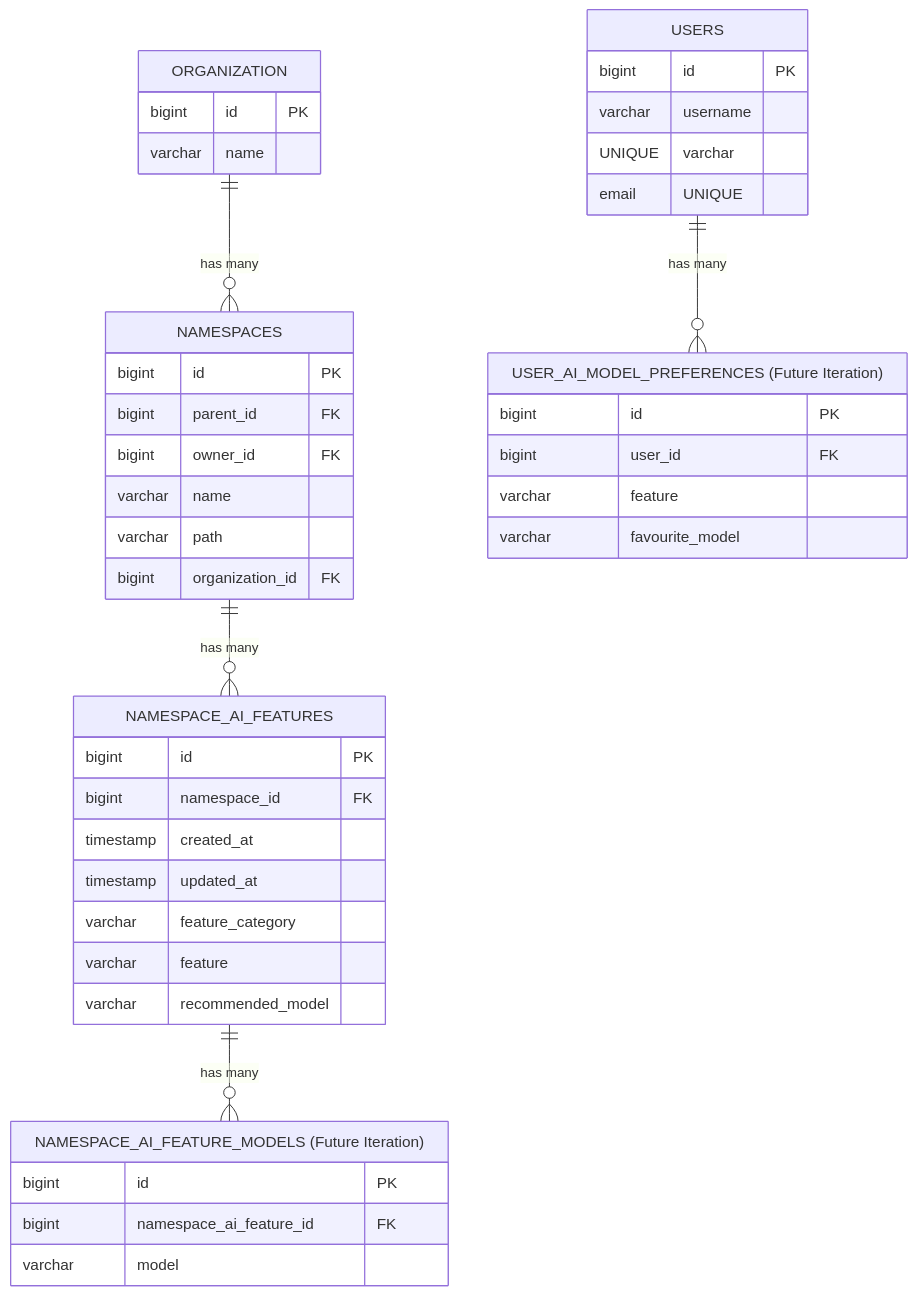
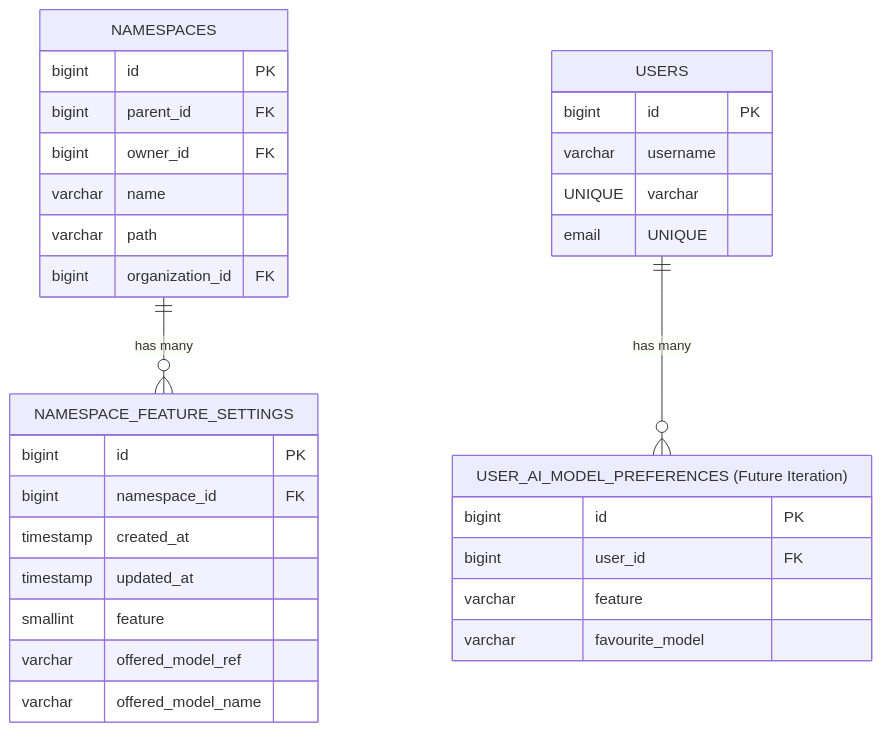
Before and after one commit to zalyoung/gitlab-handbook: the first of 3 diagrams in content/handbook/engineering/architecture/design-documents/ai_model_selection/_index.md, drawn with Mermaid. The commit also changed other lines of this file, not shown here.

Commit message:
Update model switching blueprint with latest decisions

````diff
--- a/content/handbook/engineering/architecture/design-documents/ai_model_selection/_index.md
+++ b/content/handbook/engineering/architecture/design-documents/ai_model_selection/_index.md
@@ -63,53 +69,38 @@
 ```mermaid
 erDiagram
-    ORGANIZATION {
-        bigint id PK
-        varchar name
-    }
-
     NAMESPACES {
         bigint id PK
         bigint parent_id FK
         bigint owner_id FK
         varchar name
         varchar path
         bigint organization_id FK
     }
 
-    ORGANIZATION ||--o{ NAMESPACES : "has many"
-
-    NAMESPACE_AI_FEATURES {
+    NAMESPACE_FEATURE_SETTINGS {
         bigint id PK
         bigint namespace_id FK
         timestamp created_at
         timestamp updated_at
-        varchar feature_category
-        varchar feature
-        varchar recommended_model
+        smallint feature
+        varchar offered_model_ref
+        varchar offered_model_name
     }
 
-    NAMESPACES ||--o{ NAMESPACE_AI_FEATURES : "has many"
-
-    NAMESPACE_AI_FEATURE_MODELS["NAMESPACE_AI_FEATURE_MODELS (Future Iteration)"] {
-        bigint id PK
-        bigint namespace_ai_feature_id FK
-        varchar model
-    }
-
-    NAMESPACE_AI_FEATURES ||--o{ NAMESPACE_AI_FEATURE_MODELS : "has many"
+    NAMESPACES ||--o{ NAMESPACE_FEATURE_SETTINGS : "has many"
 
     USERS {
         bigint id PK
         varchar username UNIQUE
         varchar email UNIQUE
     }
 
     USER_AI_MODEL_PREFERENCES["USER_AI_MODEL_PREFERENCES (Future Iteration)"] {
         bigint id PK
         bigint user_id FK
         varchar feature
         varchar favourite_model
     }
 
     USERS ||--o{ USER_AI_MODEL_PREFERENCES : "has many"
 ```
````
